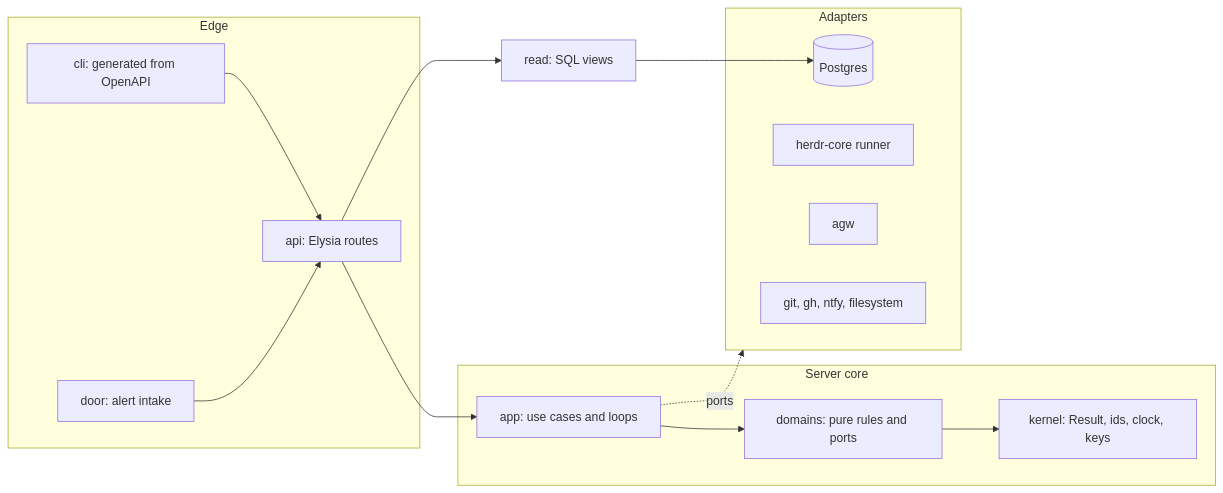
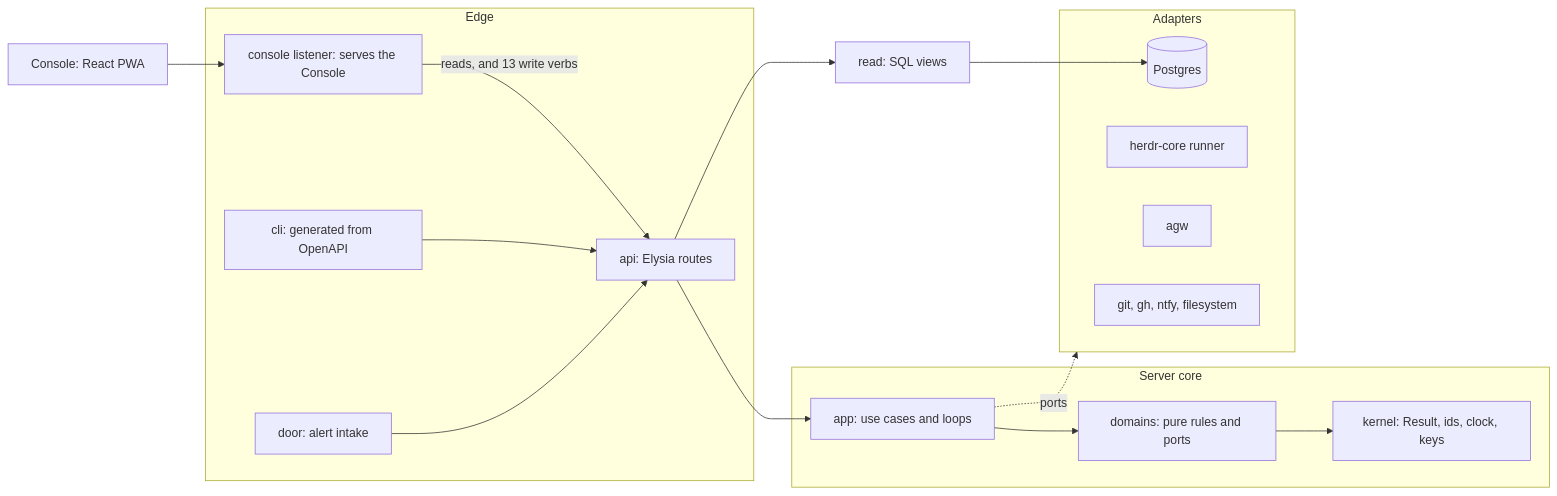
Before and after one commit to jkrumm/software-factory: the diagram in README.md, drawn with Mermaid. The commit also changed other lines of this file and 33 other files, not shown here.

First line of the commit message:
docs: README, architecture and AGENTS.md say what the repo is today (#1796) (#415)

````diff
--- a/README.md
+++ b/README.md
@@ -117,28 +92,31 @@
 ```mermaid
 flowchart LR
   subgraph edge [Edge]
     api[api: Elysia routes]
+    console[console listener: serves the Console]
     cli[cli: generated from OpenAPI]
     door[door: alert intake]
   end
   subgraph core [Server core]
     app[app: use cases and loops]
     domains[domains: pure rules and ports]
     kernel[kernel: Result, ids, clock, keys]
   end
   subgraph out [Adapters]
     pg[(Postgres)]
     hc[herdr-core runner]
     agw[agw]
     other[git, gh, ntfy, filesystem]
   end
   read[read: SQL views]
+  spa[Console: React PWA] --> console
+  console -->|reads, and 13 write verbs| api
   cli --> api
   door --> api
   api --> app
   api --> read
   app --> domains
   domains --> kernel
   app -.ports.-> out
   read --> pg
 ```
````
